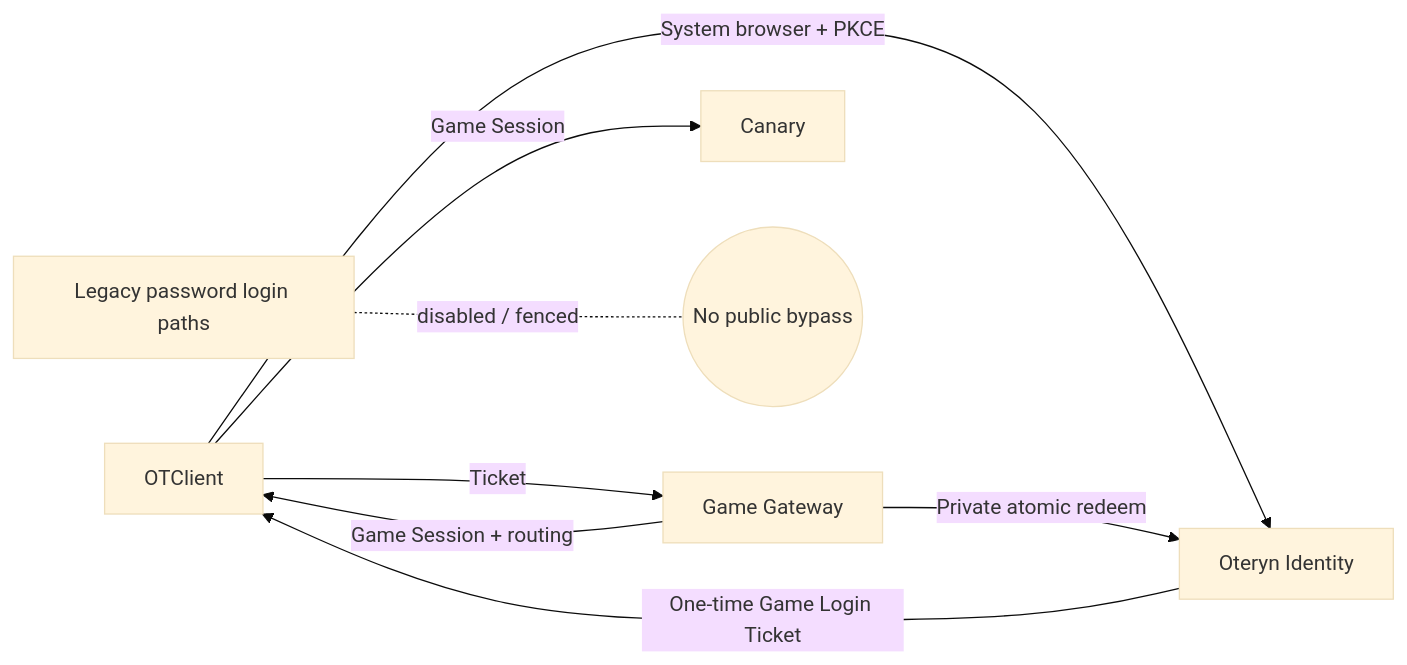
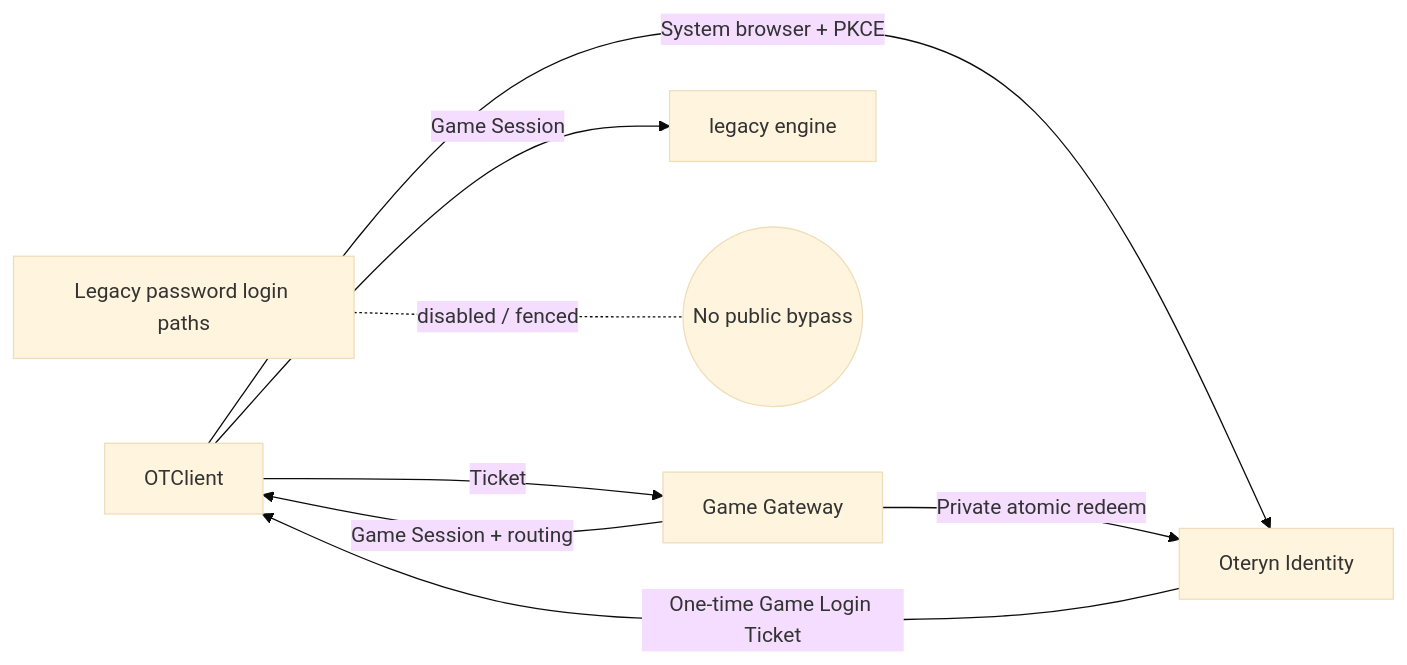
Diagram 24 of 24 in docs/architecture/GAME_AUTH_SEQUENCE_DIAGRAMS.md (Oteryn/Oteryn-Platform), drawn with Mermaid (base theme) before and after one commit. The commit also changed other lines of this file and 19 other files, not shown here.

````diff
--- a/docs/architecture/GAME_AUTH_SEQUENCE_DIAGRAMS.md
+++ b/docs/architecture/GAME_AUTH_SEQUENCE_DIAGRAMS.md
@@ -521,11 +521,11 @@
 ```mermaid
 flowchart LR
     C[OTClient] -->|System browser + PKCE| I[Oteryn Identity]
     I -->|One-time Game Login Ticket| C
     C -->|Ticket| G[Game Gateway]
     G -->|Private atomic redeem| I
     G -->|Game Session + routing| C
-    C -->|Game Session| K[Canary]
+    C -->|Game Session| K[legacy engine]
 
     L[Legacy password login paths] -. disabled / fenced .- X((No public bypass))
 ```
````
